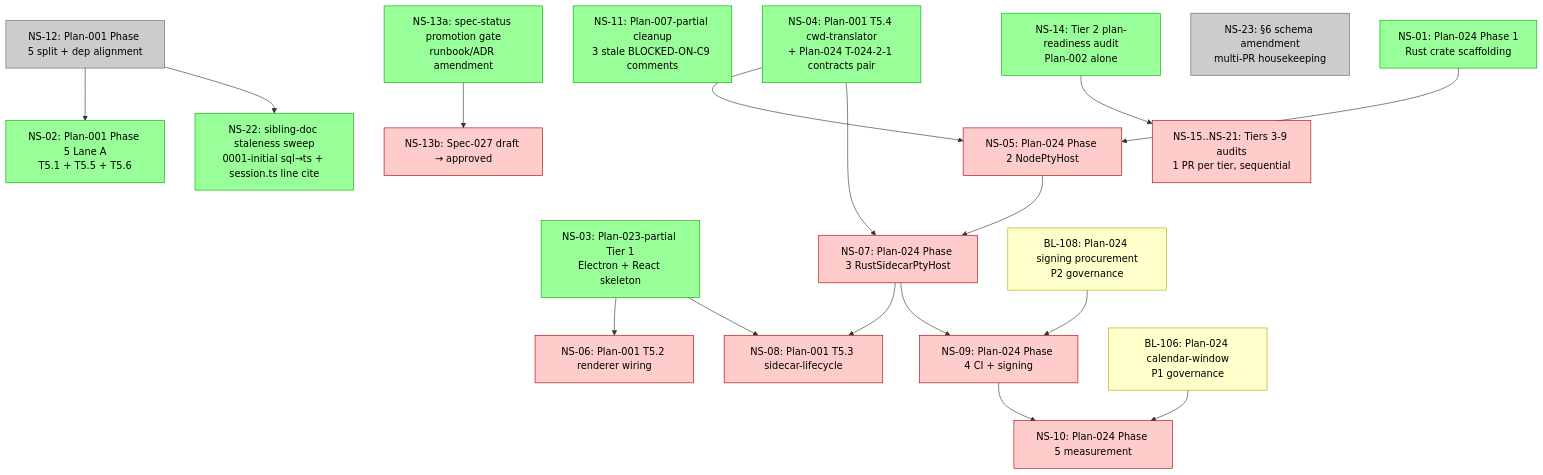
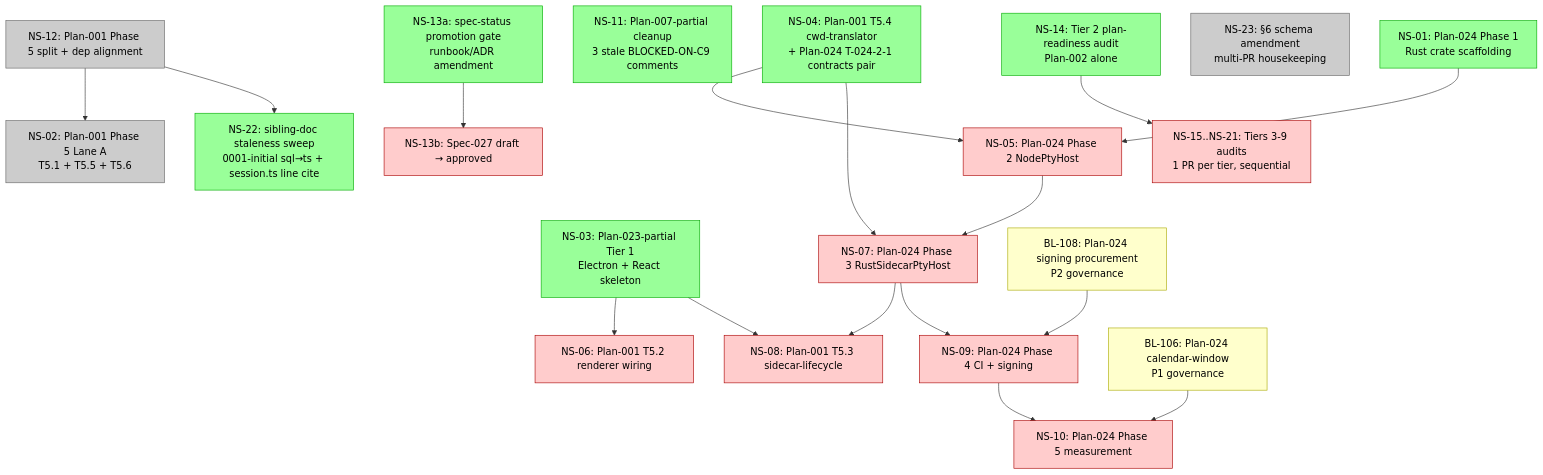
Before and after one commit to Sawmonabo/ai-sidekicks: the diagram in docs/architecture/cross-plan-dependencies.md, drawn with Mermaid. The commit also changed other lines of this file and 1 other file, not shown here.

````diff
--- a/docs/architecture/cross-plan-dependencies.md
+++ b/docs/architecture/cross-plan-dependencies.md
@@ -282,56 +282,56 @@
 ```mermaid
 graph TB
   %% READY (no upstream NS-XX blockers, or all upstream satisfied)
   NS01[NS-01: Plan-024 Phase 1<br/>Rust crate scaffolding]:::ready
-  NS02[NS-02: Plan-001 Phase 5 Lane A<br/>T5.1 + T5.5 + T5.6]:::ready
+  NS02[NS-02: Plan-001 Phase 5 Lane A<br/>T5.1 + T5.5 + T5.6]:::completed
   NS03[NS-03: Plan-023-partial Tier 1<br/>Electron + React skeleton]:::ready
   NS04[NS-04: Plan-001 T5.4 cwd-translator<br/>+ Plan-024 T-024-2-1 contracts pair]:::ready
   NS11[NS-11: Plan-007-partial cleanup<br/>3 stale BLOCKED-ON-C9 comments]:::ready
   NS13a[NS-13a: spec-status promotion gate<br/>runbook/ADR amendment]:::ready
   NS14[NS-14: Tier 2 plan-readiness audit<br/>Plan-002 alone]:::ready
   NS22[NS-22: sibling-doc staleness sweep<br/>0001-initial sql→ts + session.ts line cite]:::ready
   NS23[NS-23: §6 schema amendment<br/>multi-PR housekeeping]:::completed
 
   %% BLOCKED
   NS05[NS-05: Plan-024 Phase 2 NodePtyHost]:::blocked
   NS06[NS-06: Plan-001 T5.2 renderer wiring]:::blocked
   NS07[NS-07: Plan-024 Phase 3 RustSidecarPtyHost]:::blocked
   NS08[NS-08: Plan-001 T5.3 sidecar-lifecycle]:::blocked
   NS09[NS-09: Plan-024 Phase 4 CI + signing]:::blocked
   NS10[NS-10: Plan-024 Phase 5 measurement]:::blocked
   NS13b[NS-13b: Spec-027 draft → approved]:::blocked
   NS15[NS-15..NS-21: Tiers 3-9 audits<br/>1 PR per tier, sequential]:::blocked
 
   %% COMPLETED
   NS12[NS-12: Plan-001 Phase 5 split + dep alignment]:::completed
 
   %% EXISTING BACKLOG (governance)
   BL106[BL-106: Plan-024 calendar-window<br/>P1 governance]:::governance
   BL108[BL-108: Plan-024 signing procurement<br/>P2 governance]:::governance
 
   %% Code track edges
   NS12 --> NS02
   NS12 --> NS22
   NS01 --> NS05
   NS04 --> NS05
   NS04 --> NS07
   NS05 --> NS07
   NS03 --> NS06
   NS03 --> NS08
   NS07 --> NS08
   NS07 --> NS09
   BL108 --> NS09
   NS09 --> NS10
   BL106 --> NS10
 
   %% Governance chain
   NS13a --> NS13b
 
   %% Audit chain
   NS14 --> NS15
 
   classDef ready fill:#9f9,stroke:#0a0,color:#000
   classDef blocked fill:#fcc,stroke:#a00,color:#000
   classDef completed fill:#ccc,stroke:#666,color:#000
   classDef governance fill:#ffc,stroke:#aa0,color:#000
 ```
````
